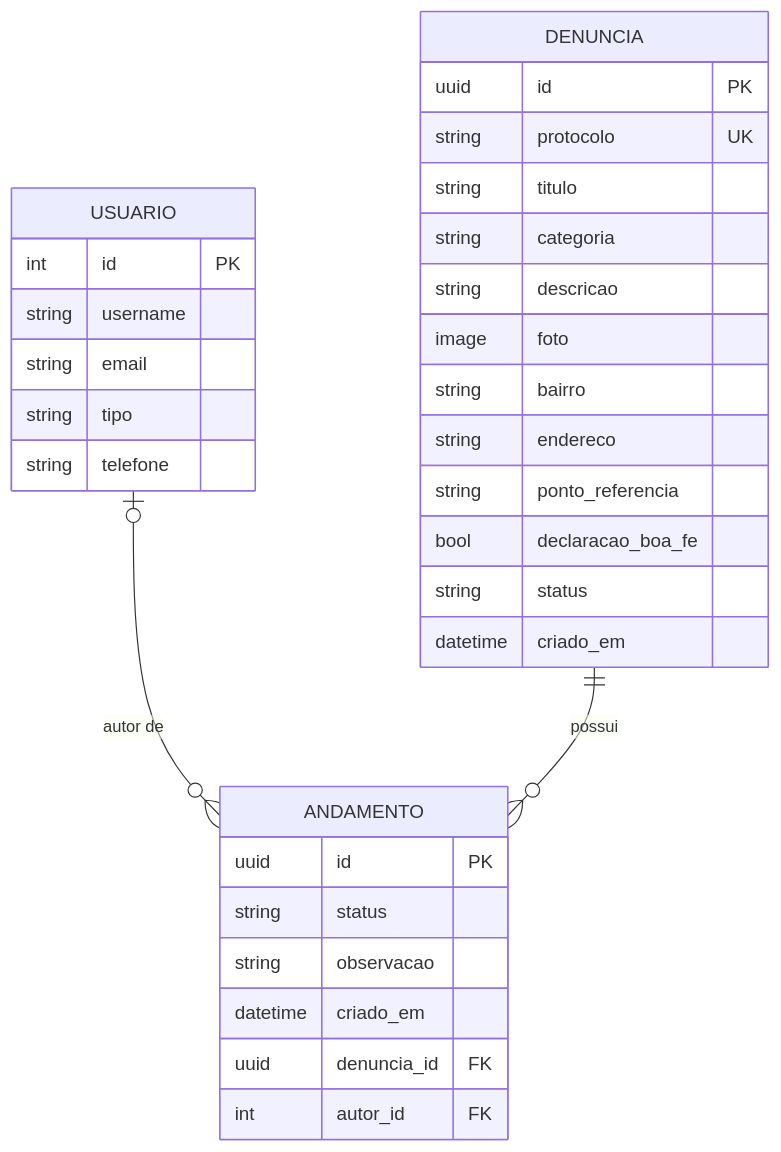
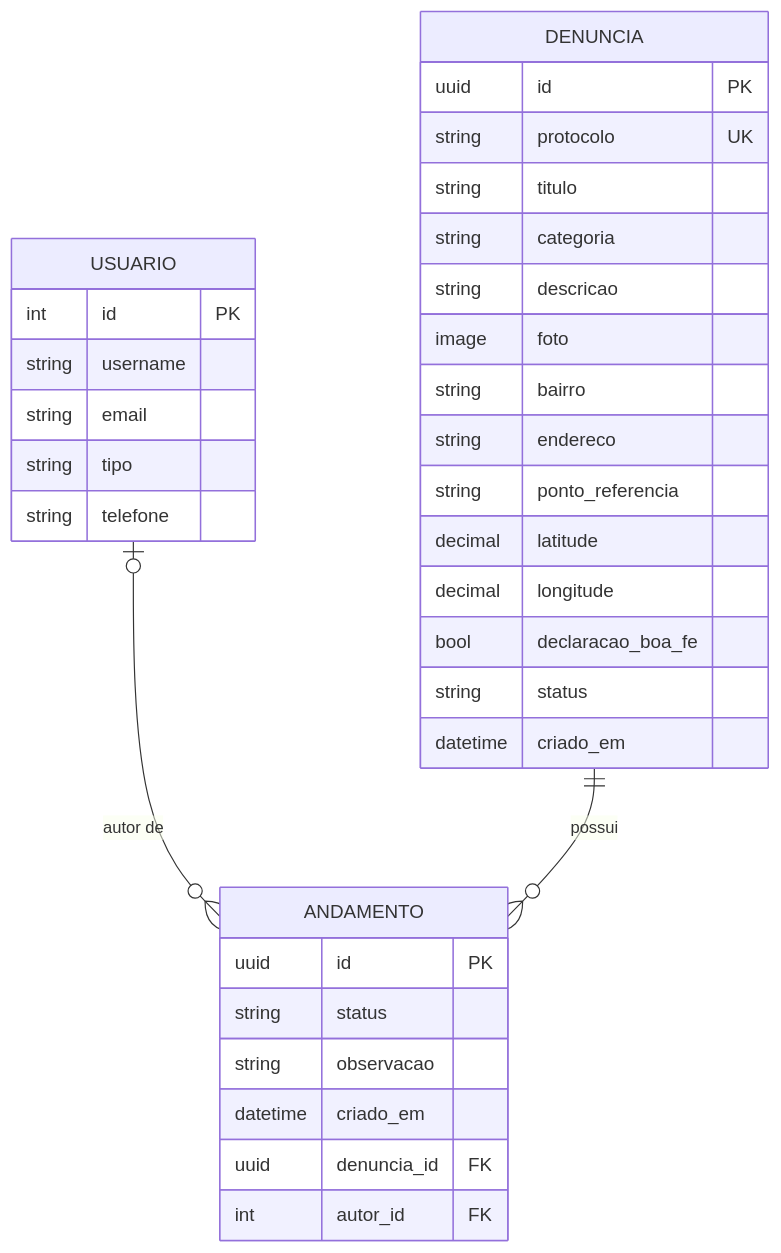
Before and after one commit to joaocarloss112/ContraVetores: the second of 2 diagrams in README.md, drawn with Mermaid. The commit also changed other lines of this file and 10 other files, not shown here.

````diff
--- a/README.md
+++ b/README.md
@@ -116,34 +119,36 @@
 ```mermaid
 erDiagram
     USUARIO |o--o{ ANDAMENTO : "autor de"
     DENUNCIA ||--o{ ANDAMENTO : "possui"
     USUARIO {
         int id PK
         string username
         string email
         string tipo
         string telefone
     }
     DENUNCIA {
         uuid id PK
         string protocolo UK
         string titulo
         string categoria
         string descricao
         image foto
         string bairro
         string endereco
         string ponto_referencia
+        decimal latitude
+        decimal longitude
         bool declaracao_boa_fe
         string status
         datetime criado_em
     }
     ANDAMENTO {
         uuid id PK
         string status
         string observacao
         datetime criado_em
         uuid denuncia_id FK
         int autor_id FK
     }
 ```
````
